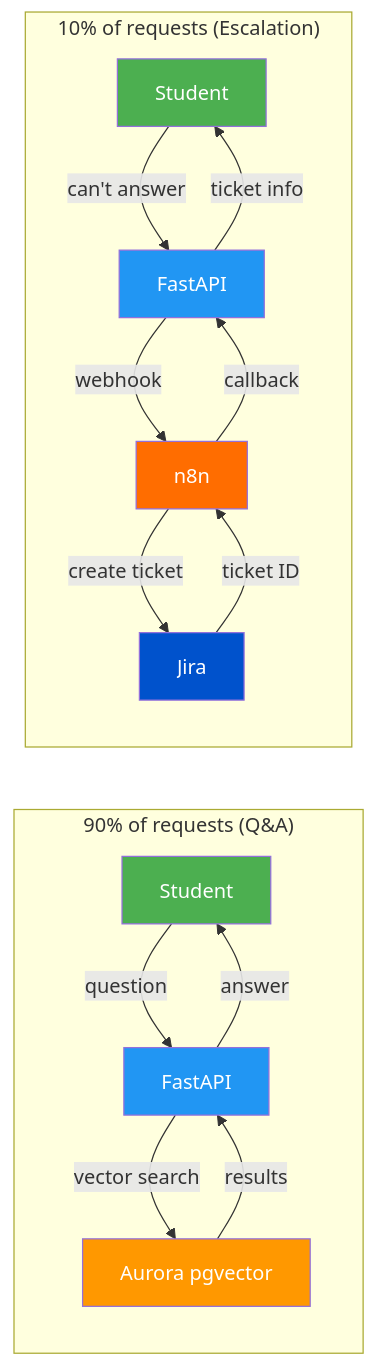
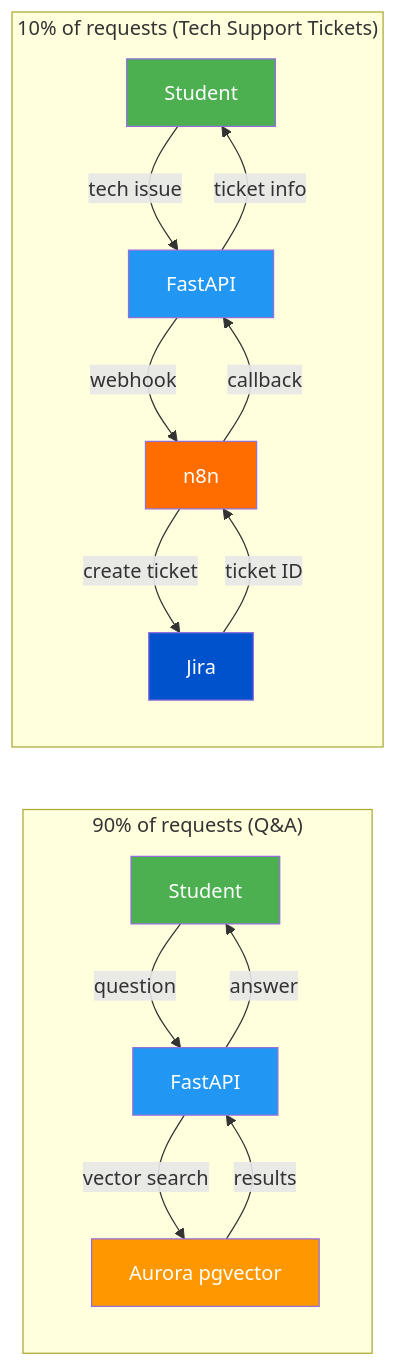
Diagram 13 of 13 in ARCHITECTURE.md (xAbdullaShaker/Jira-AI), drawn with Mermaid before and after one commit. The commit also changed other lines of this file and 1 other file, not shown here.

First line of the commit message:
Refocus Jira integration as tech support ticketing system

````diff
--- a/ARCHITECTURE.md
+++ b/ARCHITECTURE.md
@@ -386,26 +433,26 @@
 ```mermaid
 graph LR
     subgraph "90% of requests (Q&A)"
         A1[Student] -->|question| B1[FastAPI]
         B1 -->|vector search| C1[Aurora pgvector]
         C1 -->|results| B1
         B1 -->|answer| A1
     end
     
-    subgraph "10% of requests (Escalation)"
-        A2[Student] -->|can't answer| B2[FastAPI]
+    subgraph "10% of requests (Tech Support Tickets)"
+        A2[Student] -->|tech issue| B2[FastAPI]
         B2 -->|webhook| C2[n8n]
         C2 -->|create ticket| D2[Jira]
         D2 -->|ticket ID| C2
         C2 -->|callback| B2
         B2 -->|ticket info| A2
     end
 
     style A1 fill:#4CAF50,color:#fff
     style B1 fill:#2196F3,color:#fff
     style C1 fill:#FF9800,color:#fff
     style A2 fill:#4CAF50,color:#fff
     style B2 fill:#2196F3,color:#fff
     style C2 fill:#FF6D00,color:#fff
     style D2 fill:#0052CC,color:#fff
 ```
````
